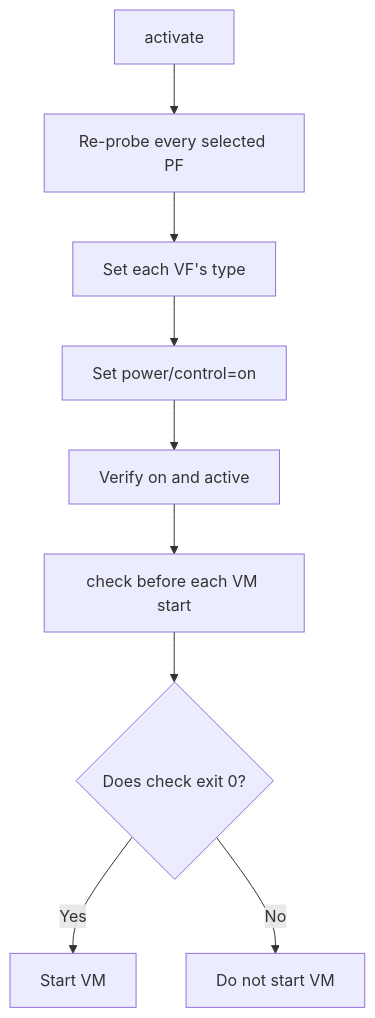
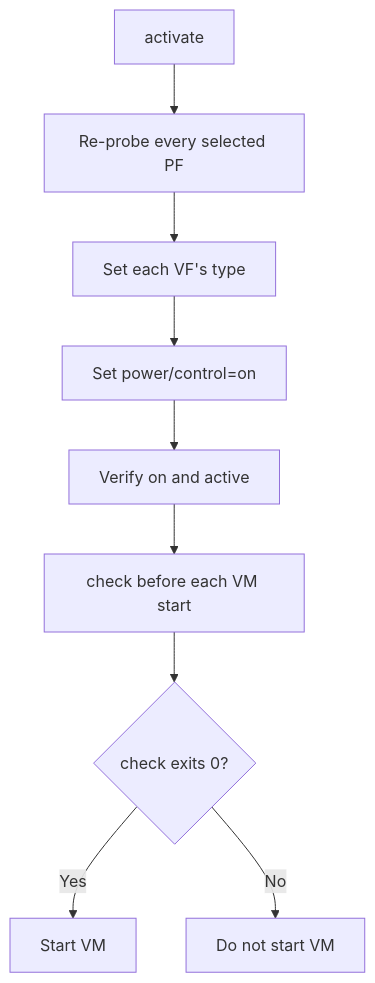
Before and after one commit to noon-at-cgn/geforce-sriov: the fourth of 4 diagrams in docs/ada.md, drawn with Mermaid. The commit also changed other lines of this file and 86 other files, not shown here.

````diff
--- a/docs/ada.md
+++ b/docs/ada.md
@@ -190,11 +251,11 @@
 ```mermaid
 flowchart TD
     activate["activate"] --> reprobe["Re-probe every selected PF"]
     reprobe --> types["Set each VF's type"]
     types --> power["Set power/control=on"]
     power --> verify["Verify on and active"]
     verify --> check["check before each VM start"]
-    check --> ready{"Does check exit 0?"}
+    check --> ready{"check exits 0?"}
     ready -->|Yes| start["Start VM"]
     ready -->|No| stop["Do not start VM"]
 ```
````
